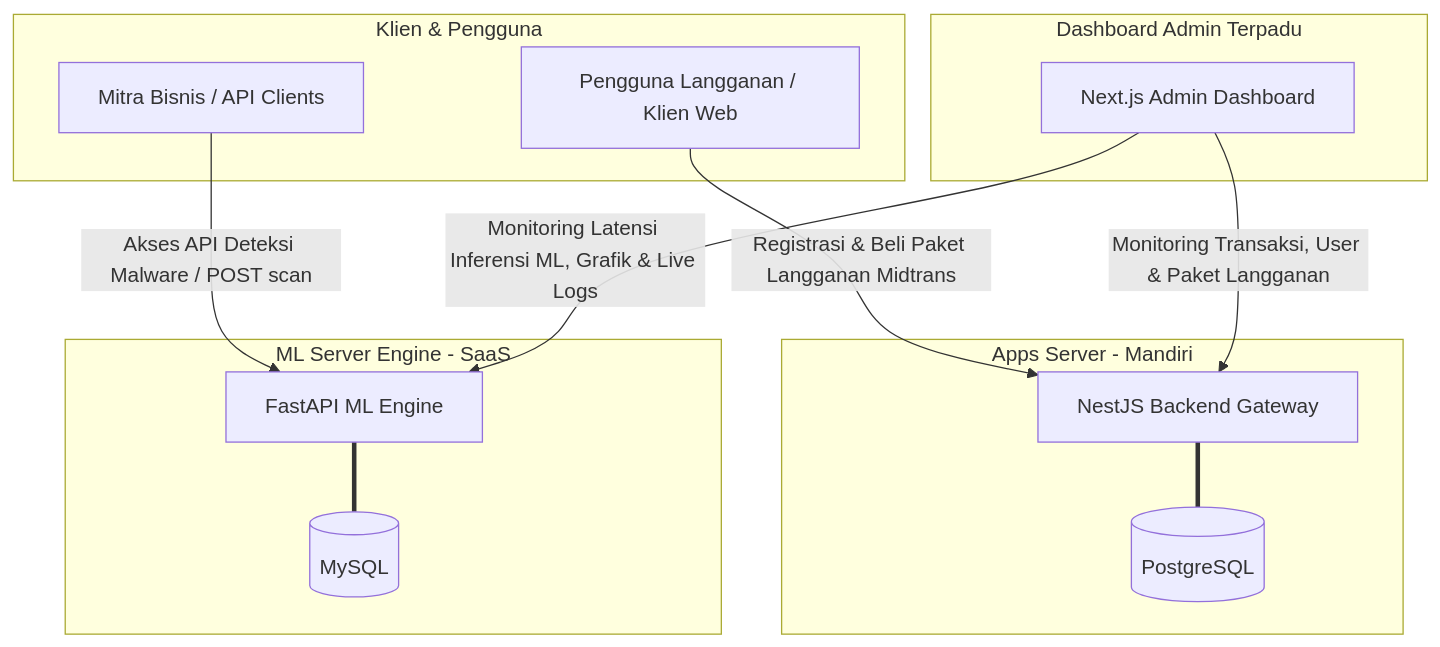
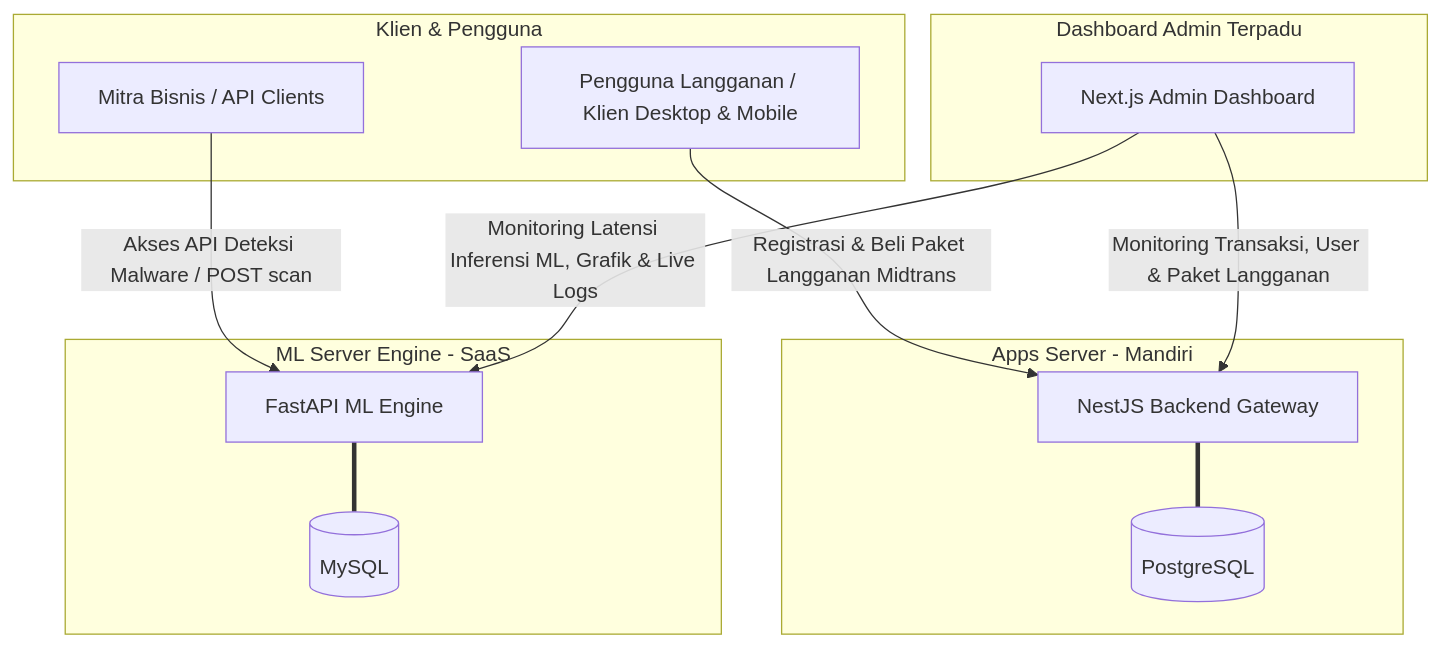
Before and after one commit to fahdaja/mangodefend: the diagram in README.md, drawn with Mermaid. The commit also changed other lines of this file, not shown here.

````diff
--- a/README.md
+++ b/README.md
@@ -31,31 +32,31 @@
 ```mermaid
 graph TD
     subgraph Aktor [Klien & Pengguna]
         Mitra[Mitra Bisnis / API Clients]
-        User[Pengguna Langganan / Klien Web]
+        User[Pengguna Langganan / Klien Desktop & Mobile]
     end
 
     subgraph Portal_Dashboard [Dashboard Admin Terpadu]
         UI[Next.js Admin Dashboard]
     end
 
     subgraph Backend_Apps [Apps Server - Mandiri]
         Nest[NestJS Backend Gateway]
         Postgres[(PostgreSQL)]
         Nest === Postgres
     end
 
     subgraph Backend_ML [ML Server Engine - SaaS]
         FastAPI[FastAPI ML Engine]
         MySQL[(MySQL)]
         FastAPI === MySQL
     end
 
     %% Alur Kerja Pengguna
     Mitra -->|Akses API Deteksi Malware / POST scan| FastAPI
     User -->|Registrasi & Beli Paket Langganan Midtrans| Nest
 
     %% Alur Kerja Monitoring Terpadu
     UI -->|Monitoring Transaksi, User & Paket Langganan| Nest
     UI -->|Monitoring Latensi Inferensi ML, Grafik & Live Logs| FastAPI
 ```
````
